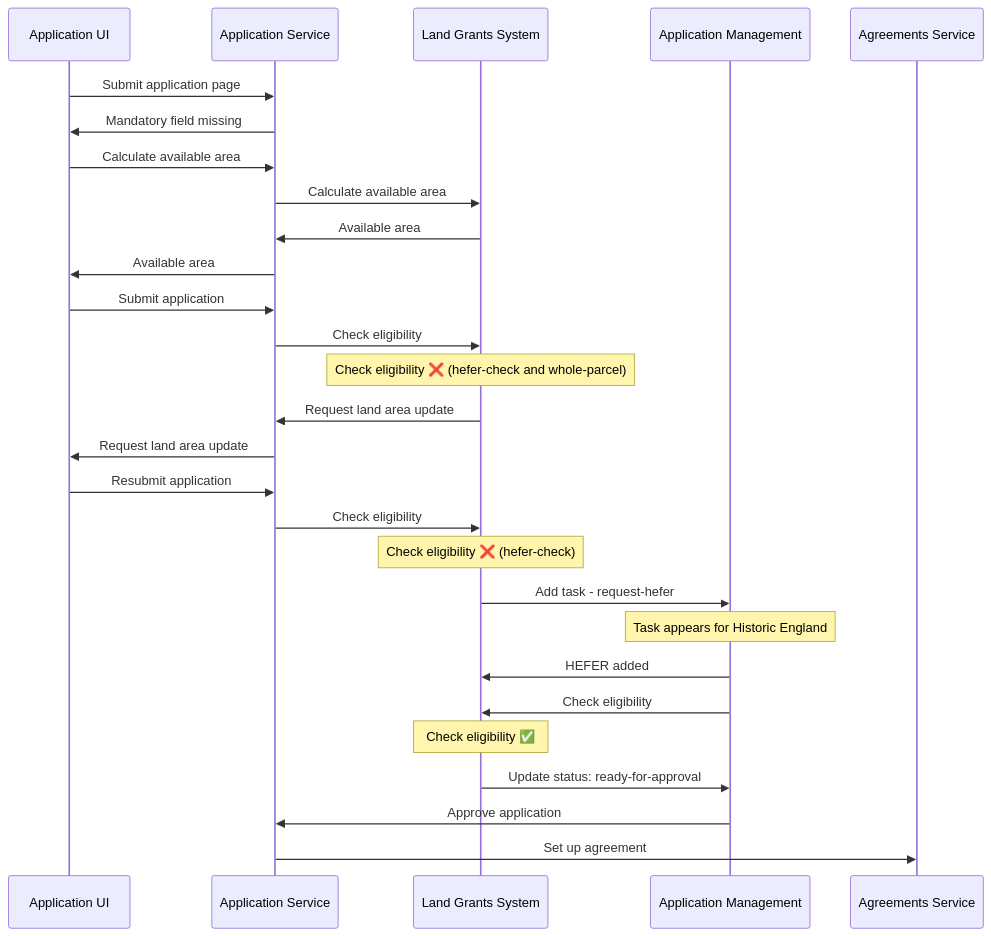
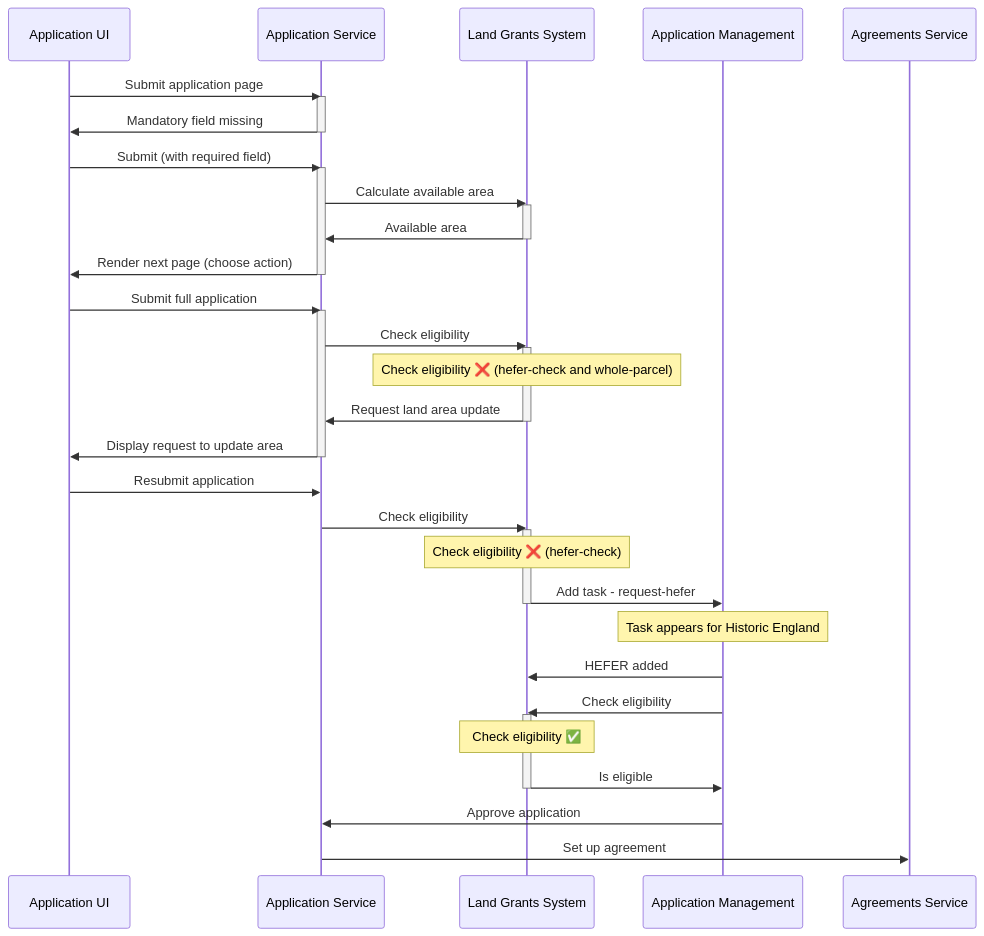
Before and after one commit to DEFRA/ffc-rps-experiment-api: the first of 2 diagrams in docs/sequence-diagrams/example-application-submission.md, drawn with Mermaid. The commit also changed other lines of this file, not shown here.

Commit message:
added new calls to the sequence diagram to represent new information from Defra architects

````diff
--- a/docs/sequence-diagrams/example-application-submission.md
+++ b/docs/sequence-diagrams/example-application-submission.md
@@ -19,33 +19,49 @@
 ```mermaid
 sequenceDiagram
     participant ui as Application UI
     participant aps as Application Service
     participant lgs as Land Grants System
     participant mgmt as Application Management
     participant as as Agreements Service
 
+    
     ui->>aps: Submit application page
+    activate aps
     aps->>ui: Mandatory field missing
-    ui->>aps: Calculate available area
+    
+    deactivate aps
+    ui->>aps: Submit (with required field)
+    activate aps
     aps->>lgs: Calculate available area
+    activate lgs
     lgs->>aps: Available area
-    aps->>ui: Available area
-    ui->>aps: Submit application
+    deactivate lgs
+    aps->>ui: Render next page (choose action)
+    deactivate aps
+    ui->>aps: Submit full application
+    activate aps
     aps->>lgs: Check eligibility
+    activate lgs
     Note over lgs: Check eligibility ❌ (hefer-check and whole-parcel)
     lgs->>aps: Request land area update
-    aps->>ui: Request land area update
+    deactivate lgs
+    aps->>ui: Display request to update area
+    deactivate aps
     ui->>aps: Resubmit application
     aps->>lgs: Check eligibility
+    activate lgs
     Note over lgs: Check eligibility ❌ (hefer-check)
     lgs->>mgmt: Add task - request-hefer
+    deactivate lgs
     Note over mgmt: Task appears for Historic England
     
     mgmt->>lgs: HEFER added
     mgmt->>lgs: Check eligibility
+    activate lgs
 
     Note over lgs: Check eligibility ✅
-    lgs->>mgmt: Update status: ready-for-approval
+    lgs->>mgmt: Is eligible
+    deactivate lgs
     mgmt->>aps: Approve application
     aps->>as: Set up agreement
 ```
````
